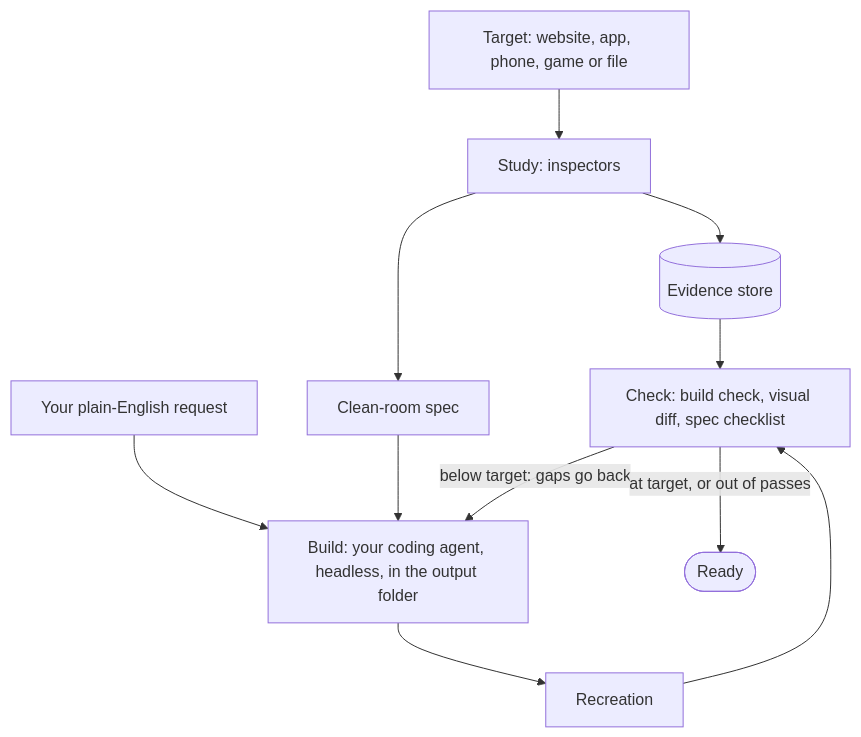
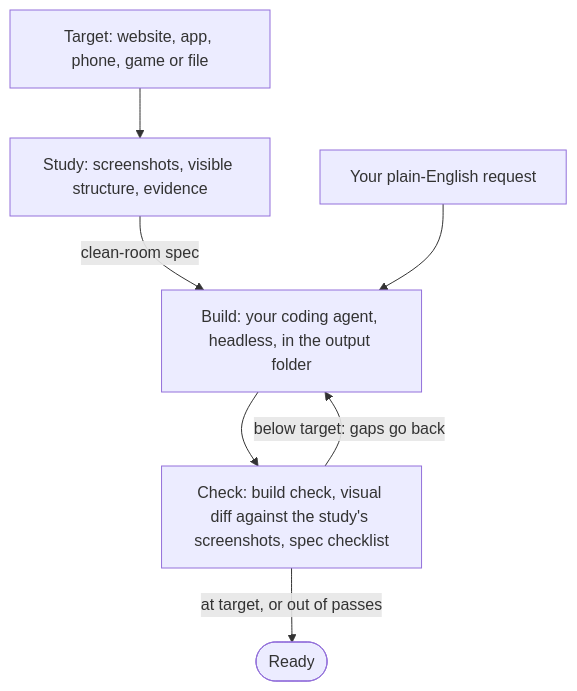
Before and after one commit to nodaysidle/nodaysidle-everything: the diagram in README.md, drawn with Mermaid.

Commit message:
README: simplify the pipeline diagram

````diff
--- a/README.md
+++ b/README.md
@@ -136,13 +136,9 @@
 ```mermaid
 flowchart TD
-    T["Target: website, app, phone, game or file"] --> S[Study: inspectors]
-    S --> E[(Evidence store)]
-    S --> SPEC[Clean-room spec]
-    P[Your plain-English request] --> B
-    SPEC --> B["Build: your coding agent, headless, in the output folder"]
-    B --> O[Recreation]
-    O --> C["Check: build check, visual diff, spec checklist"]
-    E --> C
+    T["Target: website, app, phone, game or file"] --> S["Study: screenshots, visible structure, evidence"]
+    S -- "clean-room spec" --> B["Build: your coding agent, headless, in the output folder"]
+    P["Your plain-English request"] --> B
+    B --> C["Check: build check, visual diff against the study's screenshots, spec checklist"]
     C -- "below target: gaps go back" --> B
-    C -- "at target, or out of passes" --> R([Ready])
+    C -- "at target, or out of passes" --> R(["Ready"])
 ```
````
